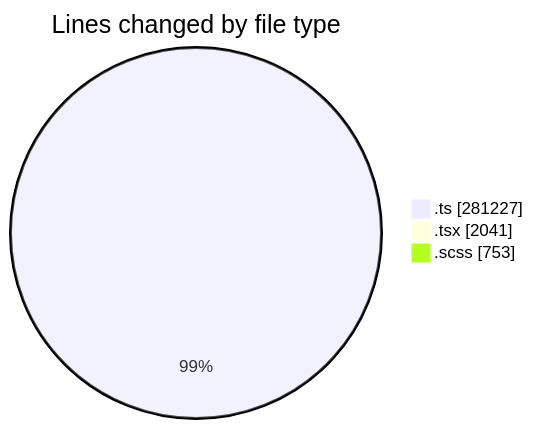
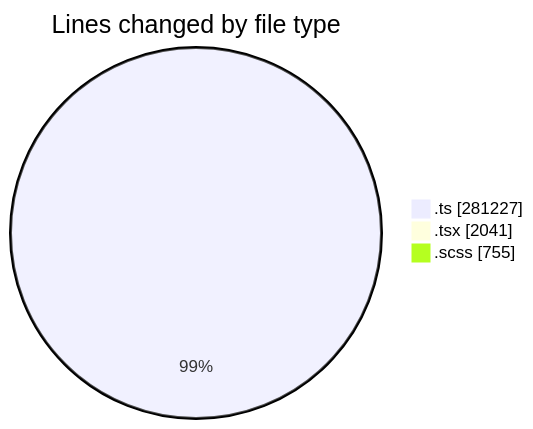
The first of 2 diagrams in 2025-08-22/cda/README.md (momahboobian/code-tracking), drawn with Mermaid before and after one commit. The commit also changed other lines of this file and 1 other file, not shown here.

````diff
--- a/2025-08-22/cda/README.md
+++ b/2025-08-22/cda/README.md
@@ -42,7 +42,7 @@
 ```mermaid
 pie showData
 title Lines changed by file type
 ".ts" : 281227
 ".tsx" : 2041
-".scss" : 753
+".scss" : 755
 ```
````
